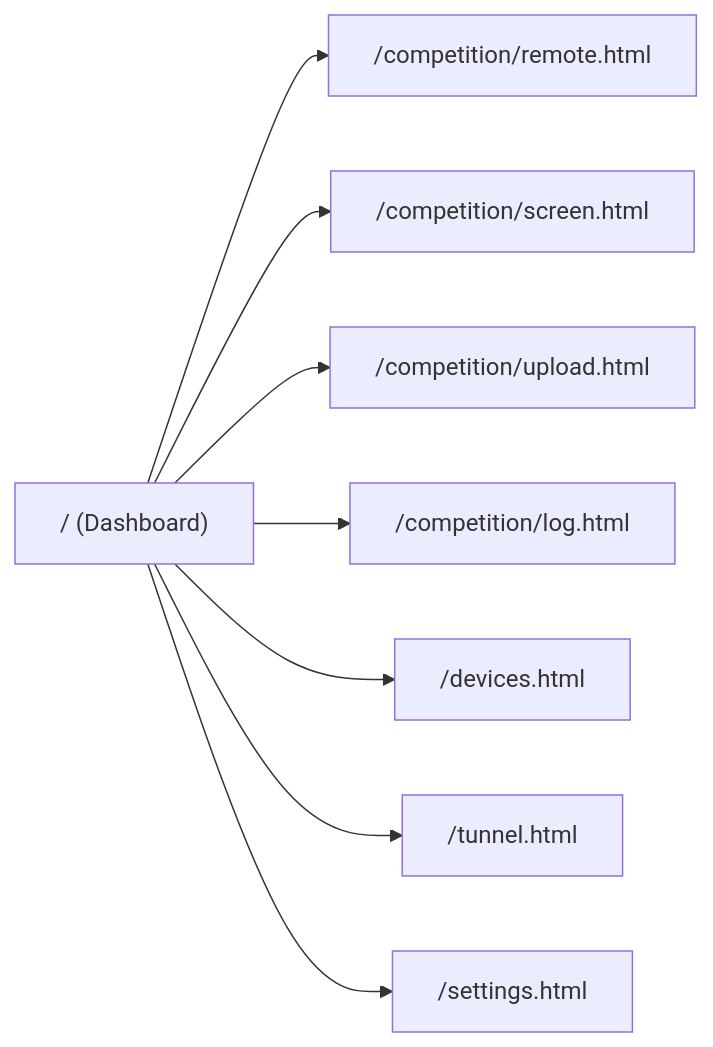
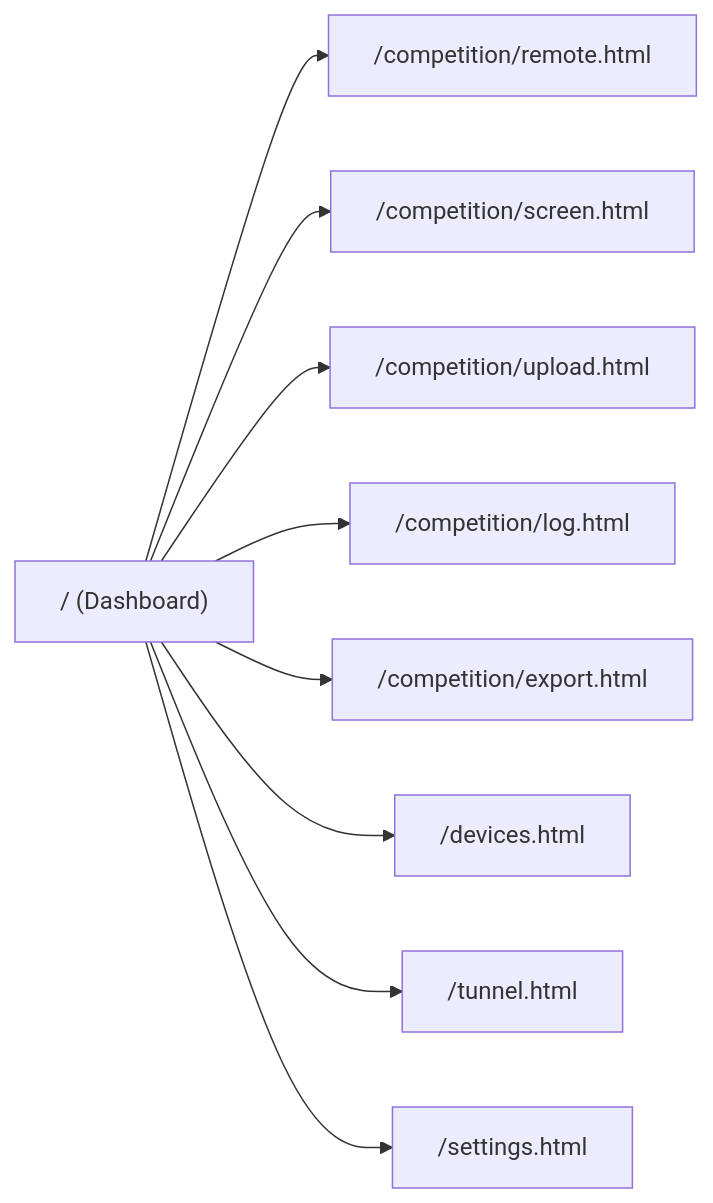
One commit to spelbreker/ws-swim-stopwatch changed the first of 2 diagrams in docs/frontend.md. Above: the diagram before and after it, drawn with Mermaid. The commit also changed other lines of this file and 27 other files, not shown here.

````diff
--- a/docs/frontend.md
+++ b/docs/frontend.md
@@ -25,11 +25,12 @@
 ```mermaid
 graph LR
     Index["/ (Dashboard)"]
     Index --> Remote["/competition/remote.html"]
     Index --> Screen["/competition/screen.html"]
     Index --> Upload["/competition/upload.html"]
     Index --> Log["/competition/log.html"]
+    Index --> Export["/competition/export.html"]
     Index --> Devices["/devices.html"]
     Index --> Tunnel["/tunnel.html"]
     Index --> Settings["/settings.html"]
 ```
````
